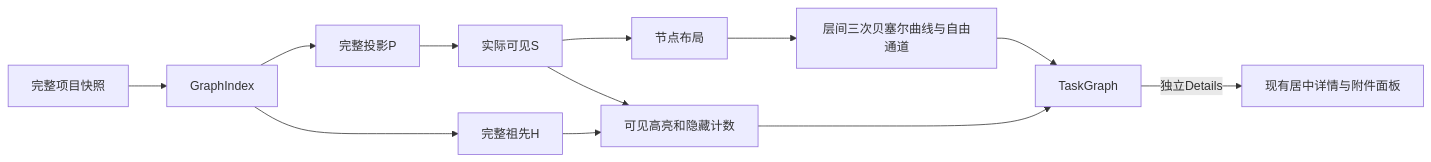
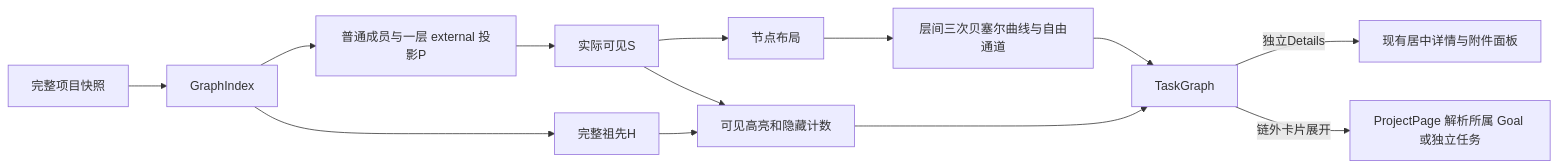
Before and after one commit to codetreker/daynight: the diagram in docs/design/daynight-task-inspection.md, drawn with Mermaid. The commit also changed other lines of this file and 32 other files, not shown here.

First line of the commit message:
feat: navigate external dependencies through their owning tasks

````diff
--- a/docs/design/daynight-task-inspection.md
+++ b/docs/design/daynight-task-inspection.md
@@ -16,14 +16,15 @@
 ```mermaid
 flowchart LR
   Snapshot[完整项目快照] --> Index[GraphIndex]
-  Index --> P[完整投影P]
+  Index --> P[普通成员与一层 external 投影P]
   P --> S[实际可见S]
   S --> Layout[节点布局]
   Layout --> Channels[层间三次贝塞尔曲线与自由通道]
   Index --> H[完整祖先H]
   H --> Paint[可见高亮和隐藏计数]
   S --> Paint
   Channels --> Canvas[TaskGraph]
   Paint --> Canvas
   Canvas -->|独立Details| Detail[现有居中详情与附件面板]
+  Canvas -->|链外卡片展开| Navigate[ProjectPage 解析所属 Goal 或独立任务]
 ```
````
